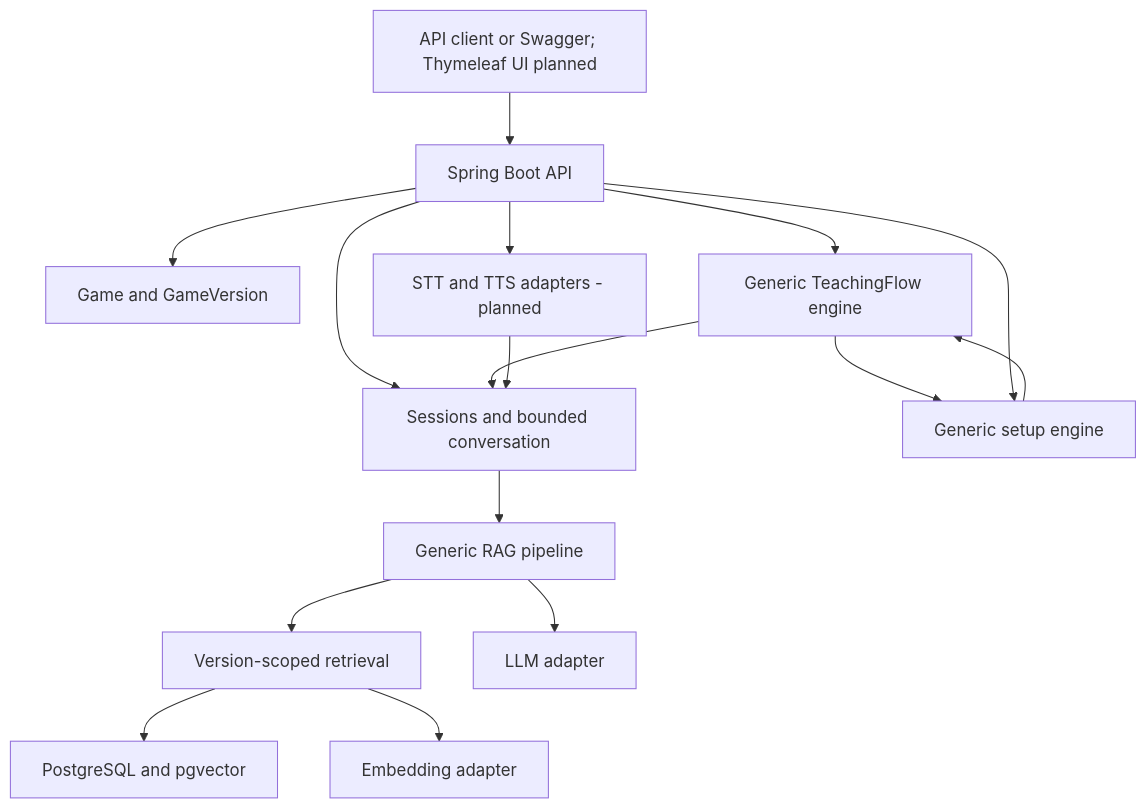
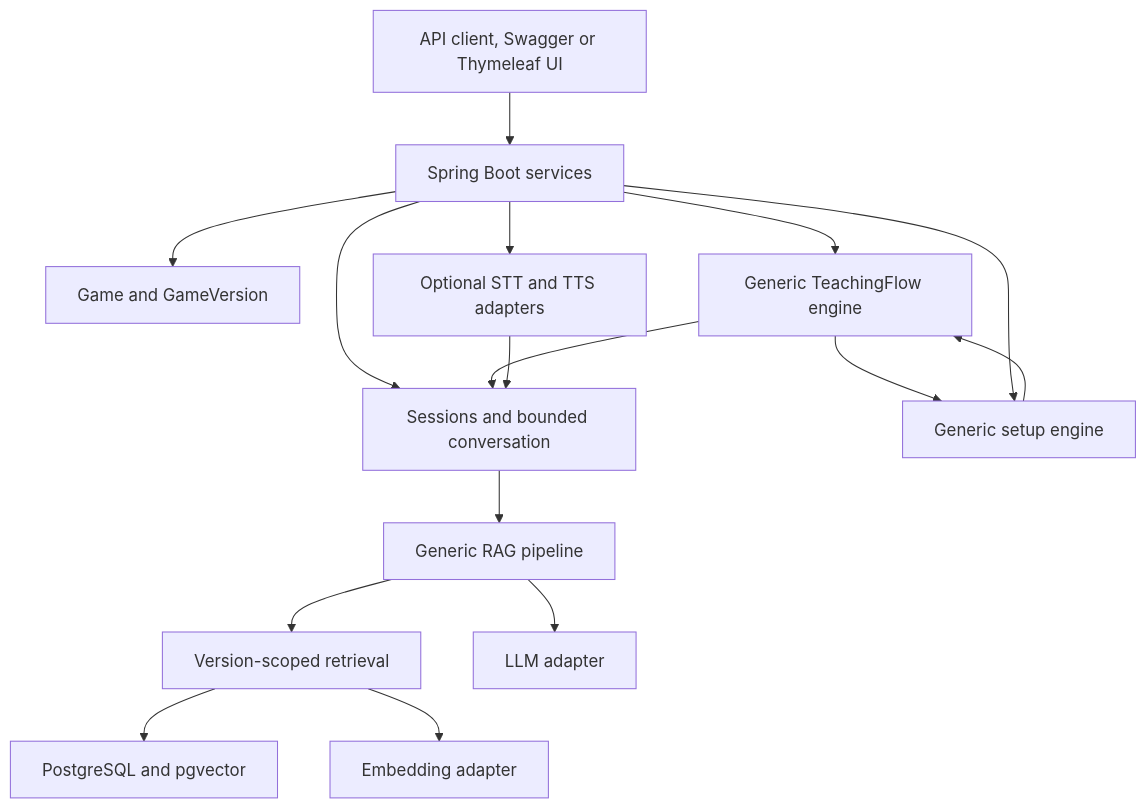
The diagram in README.md (nataliachs/board-game-master), drawn with Mermaid before and after one commit. The commit also changed other lines of this file and 51 other files, not shown here.

````diff
--- a/README.md
+++ b/README.md
@@ -178,18 +180,18 @@
 ```mermaid
 flowchart TD
-  Client[API client or Swagger; Thymeleaf UI planned] --> API[Spring Boot API]
+  Client[API client, Swagger or Thymeleaf UI] --> API[Spring Boot services]
   API --> Games[Game and GameVersion]
   API --> Sessions[Sessions and bounded conversation]
   API --> Teaching[Generic TeachingFlow engine]
   Teaching --> Setup[Generic setup engine]
   Setup --> Teaching
   Teaching --> Sessions
   API --> Setup
-  API --> Voice[STT and TTS adapters - planned]
+  API --> Voice[Optional STT and TTS adapters]
   Voice --> Sessions
   Sessions --> RAG[Generic RAG pipeline]
   RAG --> Retrieval[Version-scoped retrieval]
   Retrieval --> DB[PostgreSQL and pgvector]
   RAG --> LLM[LLM adapter]
   Retrieval --> Embeddings[Embedding adapter]
 ```
````
